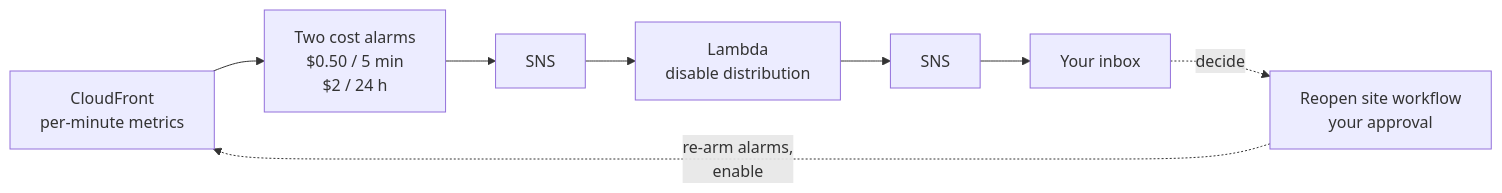
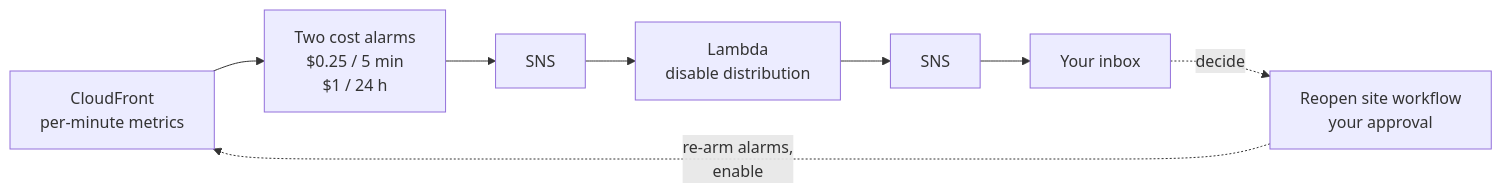
The diagram in docs/kill-switch.md (moncef-bousselat/portfolio), drawn with Mermaid before and after one commit. The commit also changed other lines of this file and 4 other files, not shown here.

````diff
--- a/docs/kill-switch.md
+++ b/docs/kill-switch.md
@@ -15,13 +15,13 @@
 ```mermaid
 flowchart LR
   cf["CloudFront<br/>per-minute metrics"]
-  alarms["Two cost alarms<br/>$0.50 / 5 min<br/>$2 / 24 h"]
+  alarms["Two cost alarms<br/>$0.25 / 5 min<br/>$1 / 24 h"]
   topic["SNS"]
   fn["Lambda<br/>disable distribution"]
   notify["SNS"]
   you["Your inbox"]
   reopen["Reopen site workflow<br/>your approval"]
 
   cf --> alarms --> topic --> fn --> notify --> you
   you -. decide .-> reopen -. re-arm alarms,<br/>enable .-> cf
 ```
````
